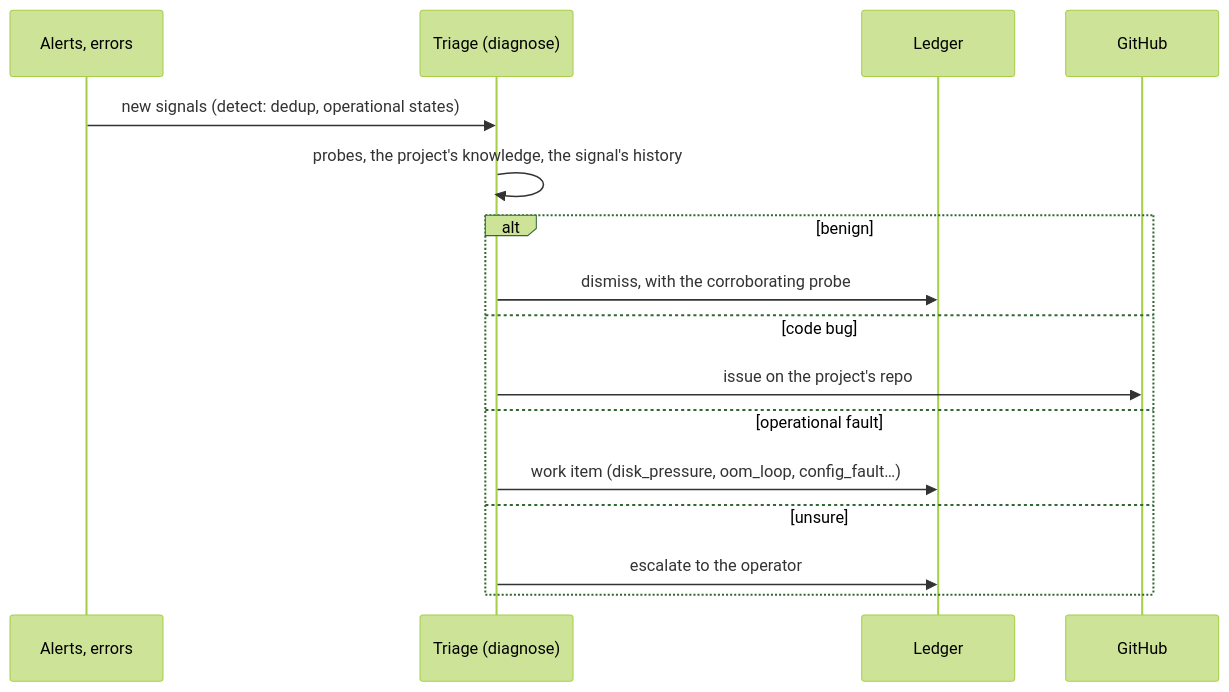
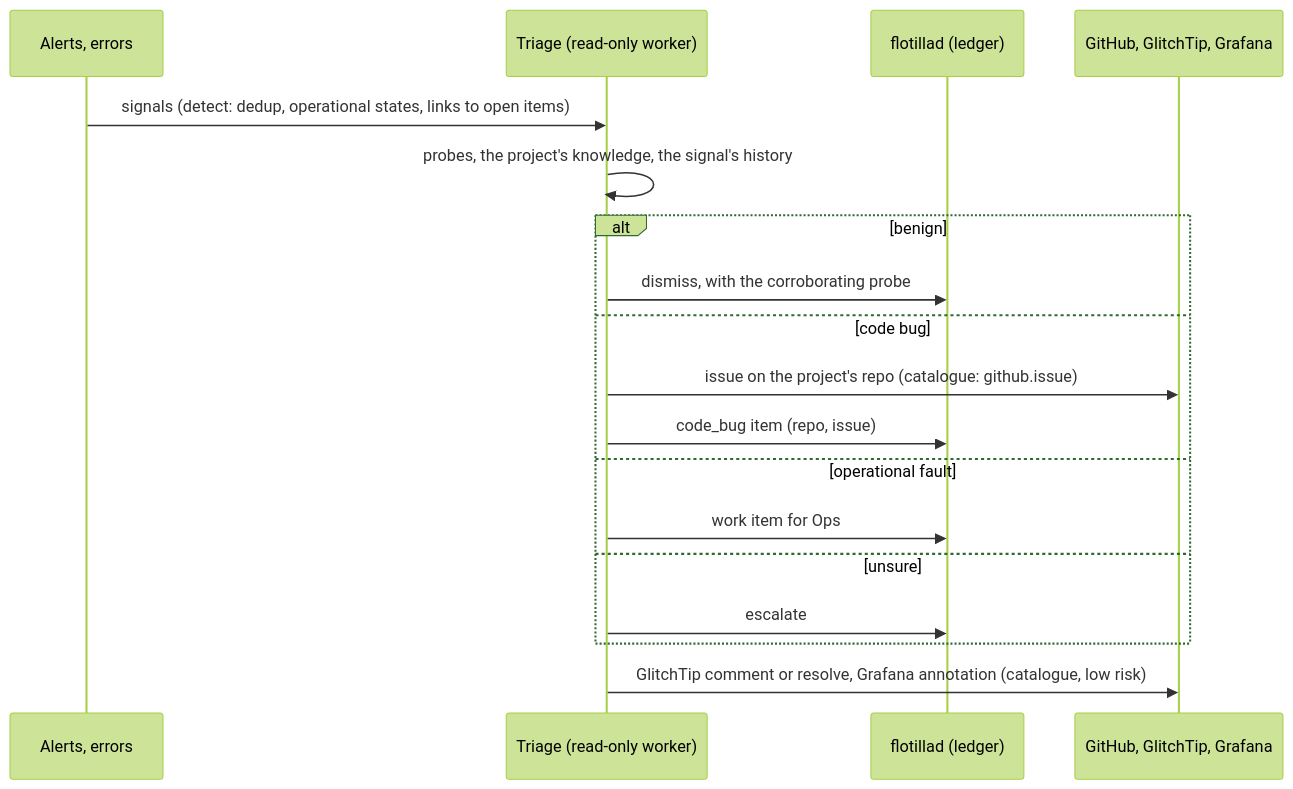
One commit to chipi/flotilla changed the fourth of 9 diagrams in docs/rfc/RFC-0004-agent-pipeline.md. Above: the diagram before and after it, drawn with Mermaid (forest theme). The commit also changed other lines of this file, not shown here.

````diff
--- a/docs/rfc/RFC-0004-agent-pipeline.md
+++ b/docs/rfc/RFC-0004-agent-pipeline.md
@@ -223,18 +292,20 @@
 ```mermaid
 sequenceDiagram
     participant S as Alerts, errors
-    participant T as Triage (diagnose)
-    participant L as Ledger
-    participant G as GitHub
-    S->>T: new signals (detect: dedup, operational states)
+    participant T as Triage (read-only worker)
+    participant F as flotillad (ledger)
+    participant G as GitHub, GlitchTip, Grafana
+    S->>T: signals (detect: dedup, operational states, links to open items)
     T->>T: probes, the project's knowledge, the signal's history
     alt benign
-        T->>L: dismiss, with the corroborating probe
+        T->>F: dismiss, with the corroborating probe
     else code bug
-        T->>G: issue on the project's repo
+        T->>G: issue on the project's repo (catalogue: github.issue)
+        T->>F: code_bug item (repo, issue)
     else operational fault
-        T->>L: work item (disk_pressure, oom_loop, config_fault…)
+        T->>F: work item for Ops
     else unsure
-        T->>L: escalate to the operator
+        T->>F: escalate
     end
+    T->>G: GlitchTip comment or resolve, Grafana annotation (catalogue, low risk)
 ```
````
